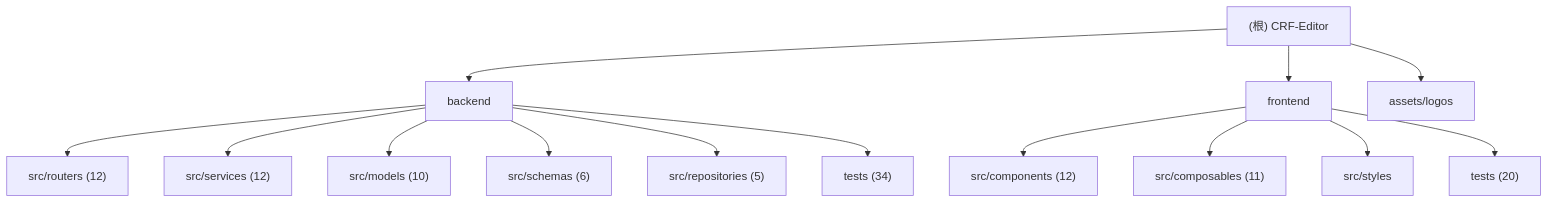
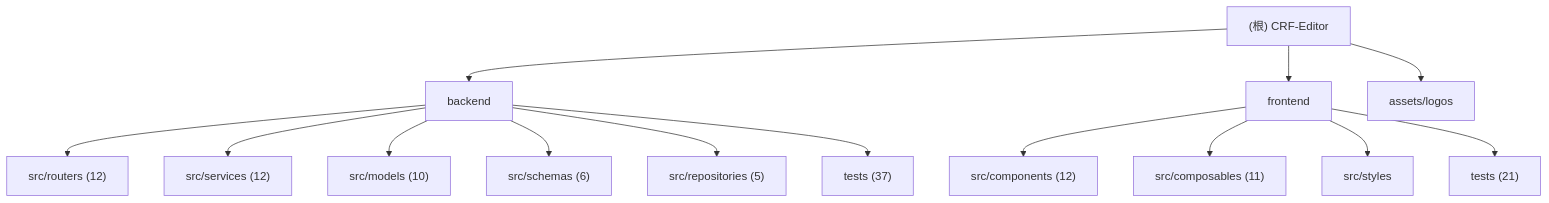
The diagram in .claude/CLAUDE.md (decade6666/CRF-Editor), drawn with Mermaid before and after one commit. The commit also changed other lines of this file and 3 other files, not shown here.

````diff
--- a/.claude/CLAUDE.md
+++ b/.claude/CLAUDE.md
@@ -15,19 +15,19 @@
 ```mermaid
 graph TD
     A["(根) CRF-Editor"] --> B["backend"];
     B --> B1["src/routers (12)"];
     B --> B2["src/services (12)"];
     B --> B3["src/models (10)"];
     B --> B4["src/schemas (6)"];
     B --> B5["src/repositories (5)"];
-    B --> B6["tests (34)"];
+    B --> B6["tests (37)"];
     A --> C["frontend"];
     C --> C1["src/components (12)"];
     C --> C2["src/composables (11)"];
     C --> C3["src/styles"];
-    C --> C4["tests (20)"];
+    C --> C4["tests (21)"];
     A --> D["assets/logos"];
 
     click B "./backend/.claude/CLAUDE.md" "查看 backend 模块文档"
     click C "./frontend/.claude/CLAUDE.md" "查看 frontend 模块文档"
 ```
````
